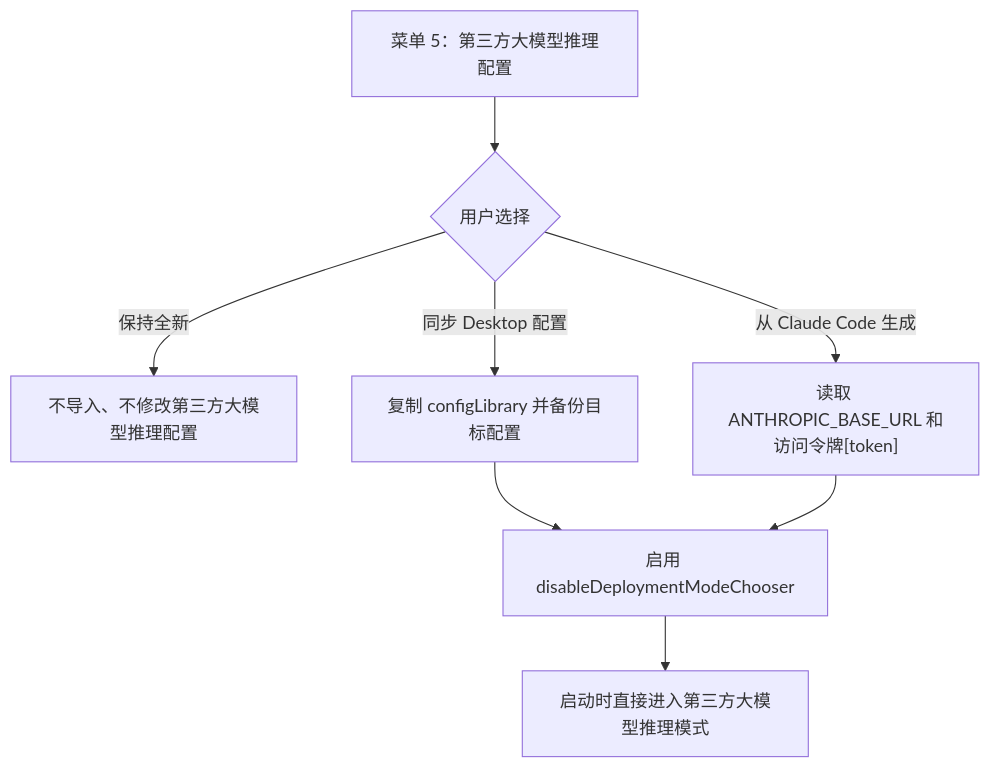
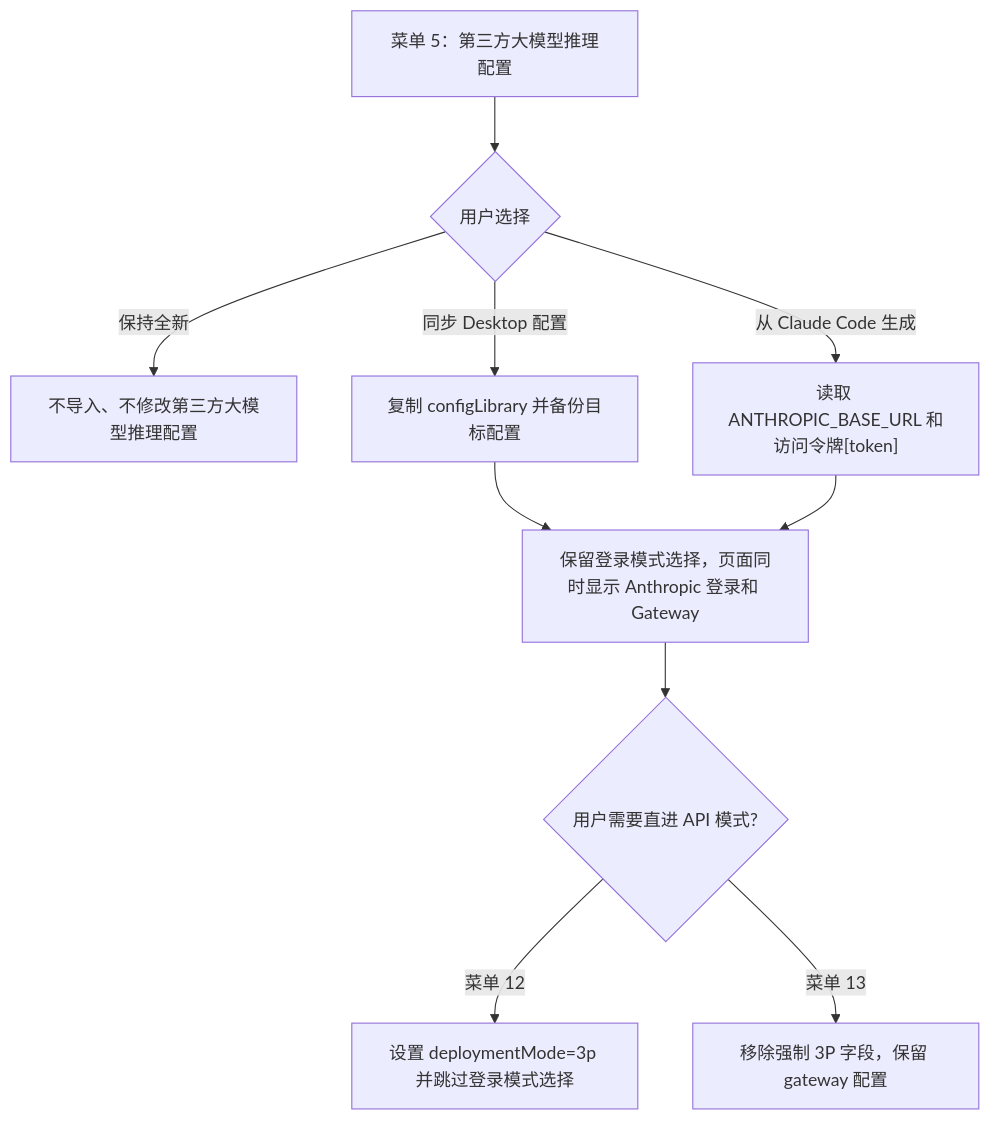
One commit to FOMO-RUN/CC-desktop-zh-cn-WIN-portable changed the second of 3 diagrams in README.md. Above: the diagram before and after it, drawn with Mermaid. The commit also changed other lines of this file and 4 other files, not shown here.

````diff
--- a/README.md
+++ b/README.md
@@ -44,10 +44,12 @@
 ```mermaid
 flowchart TD
     A["菜单 5：第三方大模型推理配置"] --> B{"用户选择"}
     B -- "保持全新" --> C["不导入、不修改第三方大模型推理配置"]
     B -- "同步 Desktop 配置" --> D["复制 configLibrary 并备份目标配置"]
     B -- "从 Claude Code 生成" --> E["读取 ANTHROPIC_BASE_URL 和访问令牌[token]"]
-    D --> F["启用 disableDeploymentModeChooser"]
+    D --> F["保留登录模式选择，页面同时显示 Anthropic 登录和 Gateway"]
     E --> F
-    F --> G["启动时直接进入第三方大模型推理模式"]
+    F --> G{"用户需要直进 API 模式?"}
+    G -- "菜单 12" --> H["设置 deploymentMode=3p 并跳过登录模式选择"]
+    G -- "菜单 13" --> I["移除强制 3P 字段，保留 gateway 配置"]
 ```
````
